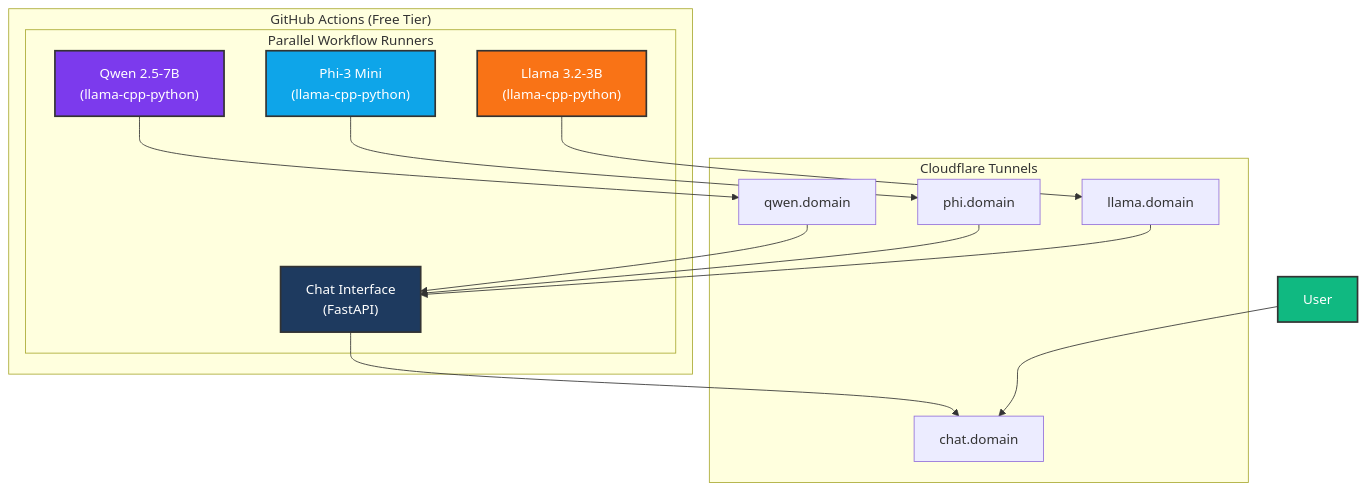
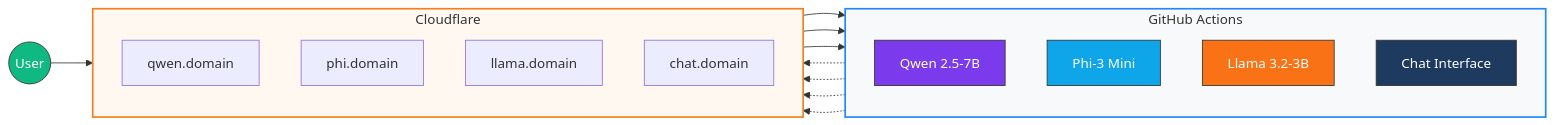
One commit to jonasneves/serverless-llm changed the diagram in README.md. Above: the diagram before and after it, drawn with Mermaid.

Commit message:
Improve mermaid diagram layout with LR flowchart

````diff
--- a/README.md
+++ b/README.md
@@ -23,33 +23,37 @@
 ```mermaid
-graph TB
-    subgraph GHA["GitHub Actions (Free Tier)"]
-        subgraph Runners["Parallel Workflow Runners"]
-            Qwen["Qwen 2.5-7B<br/>(llama-cpp-python)"]
-            Phi["Phi-3 Mini<br/>(llama-cpp-python)"]
-            Llama["Llama 3.2-3B<br/>(llama-cpp-python)"]
-            Chat["Chat Interface<br/>(FastAPI)"]
-        end
+flowchart LR
+    subgraph GHA["GitHub Actions"]
+        direction TB
+        Qwen["Qwen 2.5-7B"]
+        Phi["Phi-3 Mini"]
+        Llama["Llama 3.2-3B"]
+        Chat["Chat Interface"]
     end
 
-    subgraph CF["Cloudflare Tunnels"]
+    subgraph CF["Cloudflare"]
+        direction TB
         T1["qwen.domain"]
         T2["phi.domain"]
         T3["llama.domain"]
         T4["chat.domain"]
     end
 
-    Qwen --> T1
-    Phi --> T2
-    Llama --> T3
-    Chat --> T4
+    Qwen -.-> T1
+    Phi -.-> T2
+    Llama -.-> T3
+    Chat -.-> T4
 
-    T1 & T2 & T3 --> Chat
+    T1 --> Chat
+    T2 --> Chat
+    T3 --> Chat
 
-    User["User"] --> T4
+    User(("User")) --> T4
 
-    style Qwen fill:#7c3aed,stroke:#333,stroke-width:2px,color:#fff
-    style Phi fill:#0ea5e9,stroke:#333,stroke-width:2px,color:#fff
-    style Llama fill:#f97316,stroke:#333,stroke-width:2px,color:#fff
-    style Chat fill:#1e3a5f,stroke:#333,stroke-width:2px,color:#fff
-    style User fill:#10b981,stroke:#333,stroke-width:2px,color:#fff
+    style Qwen fill:#7c3aed,stroke:#333,color:#fff
+    style Phi fill:#0ea5e9,stroke:#333,color:#fff
+    style Llama fill:#f97316,stroke:#333,color:#fff
+    style Chat fill:#1e3a5f,stroke:#333,color:#fff
+    style User fill:#10b981,stroke:#333,color:#fff
+    style GHA fill:#f8f9fa,stroke:#2088ff,stroke-width:2px
+    style CF fill:#fff8f0,stroke:#f38020,stroke-width:2px
 ```
````
